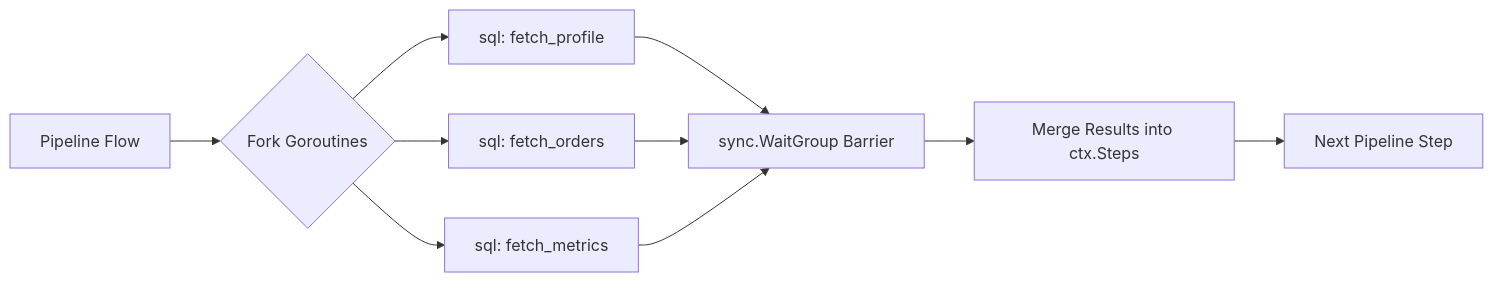
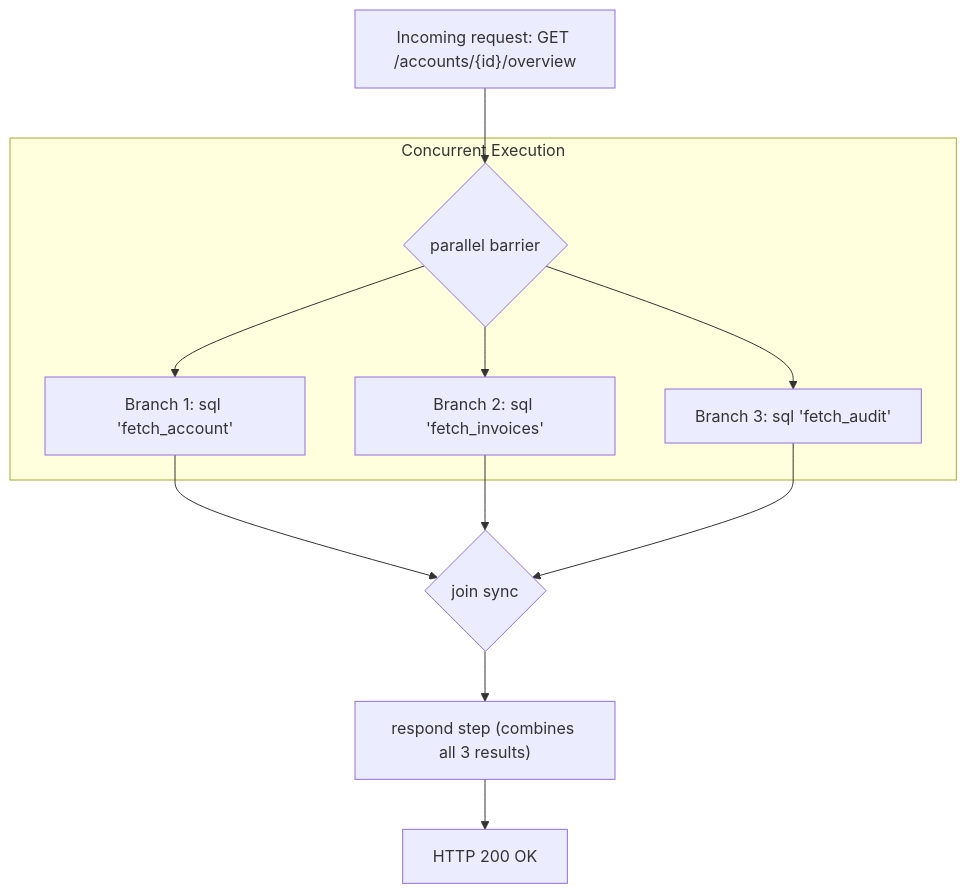
Before and after one commit to ju4n97/hclapi: the diagram in docs/steps/parallel.md, drawn with Mermaid. The commit also changed other lines of this file and 47 other files, not shown here.

````diff
--- a/docs/steps/parallel.md
+++ b/docs/steps/parallel.md
@@ -7,12 +30,17 @@
 ```mermaid
-flowchart LR
-    Start[Pipeline Flow] --> Fork{Fork Goroutines}
-    Fork --> StepA[sql: fetch_profile]
-    Fork --> StepB[sql: fetch_orders]
-    Fork --> StepC[sql: fetch_metrics]
-    StepA --> Join[sync.WaitGroup Barrier]
-    StepB --> Join
-    StepC --> Join
-    Join --> Merge[Merge Results into ctx.Steps]
-    Merge --> Next[Next Pipeline Step]
+flowchart TD
+    Req["Incoming request: GET /accounts/{id}/overview"] --> Fork{"parallel barrier"}
+    
+    subgraph Concurrent Execution
+        Fork --> B1["Branch 1: sql 'fetch_account'"]
+        Fork --> B2["Branch 2: sql 'fetch_invoices'"]
+        Fork --> B3["Branch 3: sql 'fetch_audit'"]
+    end
+    
+    B1 --> Join{"join sync"}
+    B2 --> Join
+    B3 --> Join
+    
+    Join --> Respond["respond step (combines all 3 results)"]
+    Respond --> Res["HTTP 200 OK"]
 ```
````
